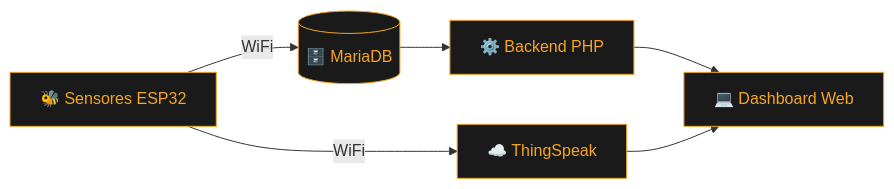
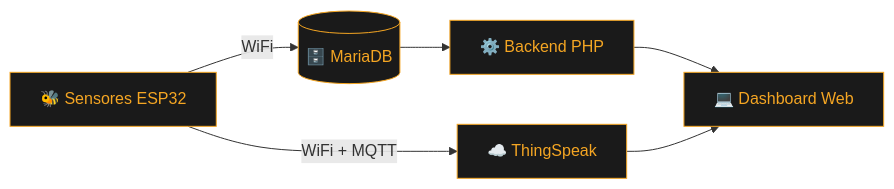
One commit to jeronimoparra-ai/BeeStation_Sena changed the first of 2 diagrams in README.md. Above: the diagram before and after it, drawn with Mermaid. The commit also changed other lines of this file, not shown here.

````diff
--- a/README.md
+++ b/README.md
@@ -106,14 +130,14 @@
 ```mermaid
 flowchart LR
-    A[🐝 Sensores ESP32] -->|WiFi| B[☁️ ThingSpeak]
+    A[🐝 Sensores ESP32] -->|WiFi + MQTT| B[☁️ ThingSpeak]
     A -->|WiFi| C[(🗄️ MariaDB)]
     C --> D[⚙️ Backend PHP]
     D --> E[💻 Dashboard Web]
     B --> E
 
     style A fill:#1a1a1a,stroke:#F5A623,color:#F5A623
     style B fill:#1a1a1a,stroke:#F5A623,color:#F5A623
     style C fill:#1a1a1a,stroke:#F5A623,color:#F5A623
     style D fill:#1a1a1a,stroke:#F5A623,color:#F5A623
     style E fill:#1a1a1a,stroke:#F5A623,color:#F5A623
 ```
````
